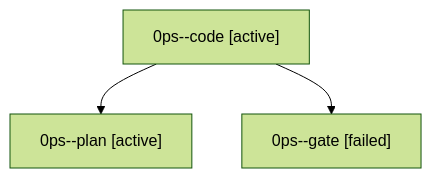
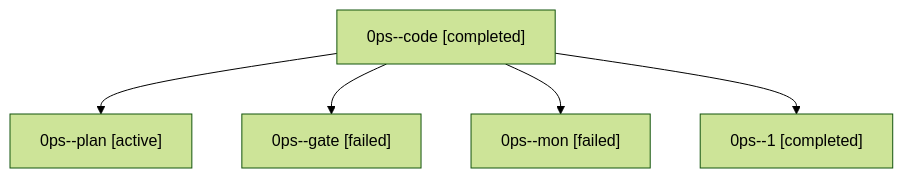
The diagram in families/bbugyi200.athena.0ps.md (sase-org/sase--agents), drawn with Mermaid (forest theme) before and after one commit. The commit also changed other lines of this file and 35830 other files, not shown here.

````diff
--- a/families/bbugyi200.athena.0ps.md
+++ b/families/bbugyi200.athena.0ps.md
@@ -9,8 +9,12 @@
 ```mermaid
 flowchart TD
-  n0["0ps--code [active]"]
+  n0["0ps--code [completed]"]
   n1["0ps--plan [active]"]
   n0 --> n1
   n2["0ps--gate [failed]"]
   n0 --> n2
+  n3["0ps--mon [failed]"]
+  n0 --> n3
+  n4["0ps--1 [completed]"]
+  n0 --> n4
 ```
````
